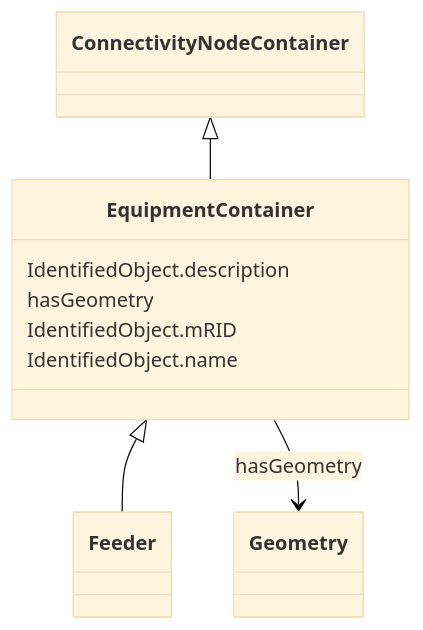
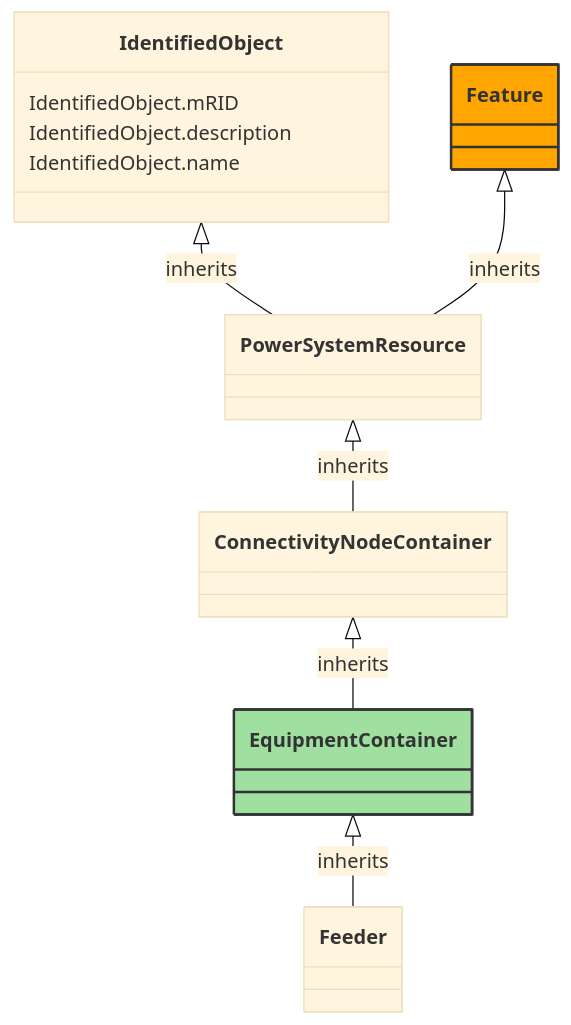
Before and after one commit to 3lbits/NoCIMExtensions: the diagram in docs/WattApp/EquipmentContainer.md, drawn with Mermaid (base theme). The commit also changed other lines of this file and 60 other files, not shown here.

````diff
--- a/docs/WattApp/EquipmentContainer.md
+++ b/docs/WattApp/EquipmentContainer.md
@@ -18,25 +10,36 @@
 ```mermaid
- classDiagram
+classDiagram
     class EquipmentContainer
     click EquipmentContainer href "../EquipmentContainer"
-      ConnectivityNodeContainer <|-- EquipmentContainer
-        click ConnectivityNodeContainer href "../ConnectivityNodeContainer"
-      
+    style EquipmentContainer fill:#9fdf9f,stroke:#333,stroke-width:2px,rx:10,ry:10
 
-      EquipmentContainer <|-- Feeder
-        click Feeder href "../Feeder"
-      
-      
-      EquipmentContainer : IdentifiedObject.description
-        
-      EquipmentContainer : hasGeometry
-        
-          EquipmentContainer --> Geometry : hasGeometry
-          click Geometry href "../Geometry"
-        
-      EquipmentContainer : IdentifiedObject.mRID
-        
-      EquipmentContainer : IdentifiedObject.name
-        
-      
+        EquipmentContainer <|-- Feeder : inherits
+            click EquipmentContainer href "../EquipmentContainer"
+            style EquipmentContainer rx:10,ry:10
+
+        Feeder
+            click Feeder href "../Feeder"
+            style Feeder rx:10,ry:10
+
+        ConnectivityNodeContainer <|-- EquipmentContainer : inherits
+            click ConnectivityNodeContainer href "../ConnectivityNodeContainer"
+            style ConnectivityNodeContainer rx:10,ry:10
+
+        PowerSystemResource <|-- ConnectivityNodeContainer : inherits
+            click PowerSystemResource href "../PowerSystemResource"
+            style PowerSystemResource rx:10,ry:10
+
+        IdentifiedObject <|-- PowerSystemResource : inherits
+            click IdentifiedObject href "../IdentifiedObject"
+            style IdentifiedObject rx:10,ry:10
+
+        Feature <|-- PowerSystemResource : inherits
+            click Feature href "../Feature"
+            style Feature fill:#FFA500,stroke:#333,stroke-width:2px,rx:10,ry:10
+
+
+
+        IdentifiedObject : IdentifiedObject.mRID
+        IdentifiedObject : IdentifiedObject.description
+        IdentifiedObject : IdentifiedObject.name
 ```
````
